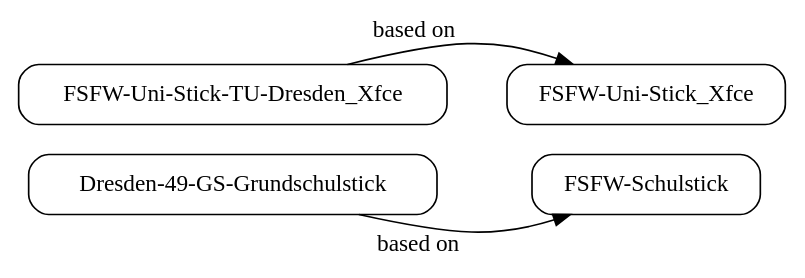
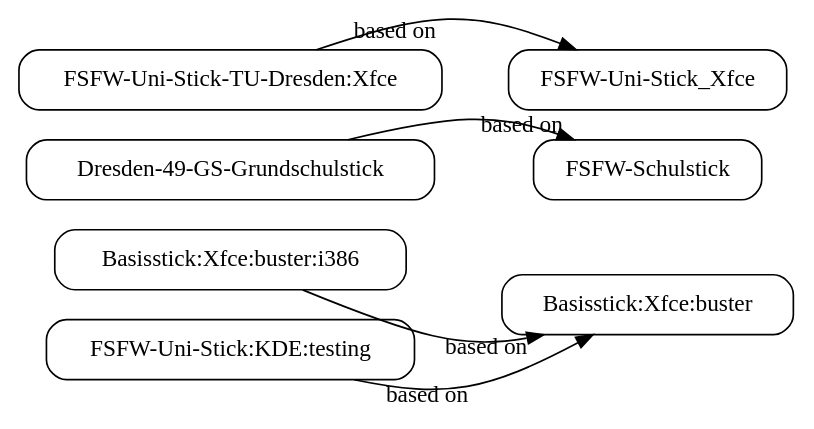
The diagram in variants/features.adoc (fsfw-dresden/usb-live-linux), drawn with Graphviz before and after one commit. The commit also changed other lines of this file and 697 other files, not shown here.

```diff
--- a/variants/features.adoc
+++ b/variants/features.adoc
@@ -37,12 +37,14 @@
 [graphviz, variant-inheritance.png, fdp]
 -------
 digraph variants {
   splines=curved
   node [ shape = box, style = rounded ];
   edge [ labelfloat = true];
   K=2.5;
   rankdir=LR;
+  "Basisstick:Xfce:buster:i386" -> "Basisstick:Xfce:buster" [ xlabel = "based on" ];
   "Dresden-49-GS-Grundschulstick" -> "FSFW-Schulstick" [ xlabel = "based on" ];
-  "FSFW-Uni-Stick-TU-Dresden_Xfce" -> "FSFW-Uni-Stick_Xfce" [ xlabel = "based on" ];
+  "FSFW-Uni-Stick:KDE:testing" -> "Basisstick:Xfce:buster" [ xlabel = "based on" ];
+  "FSFW-Uni-Stick-TU-Dresden:Xfce" -> "FSFW-Uni-Stick_Xfce" [ xlabel = "based on" ];
 }
 -------
```
